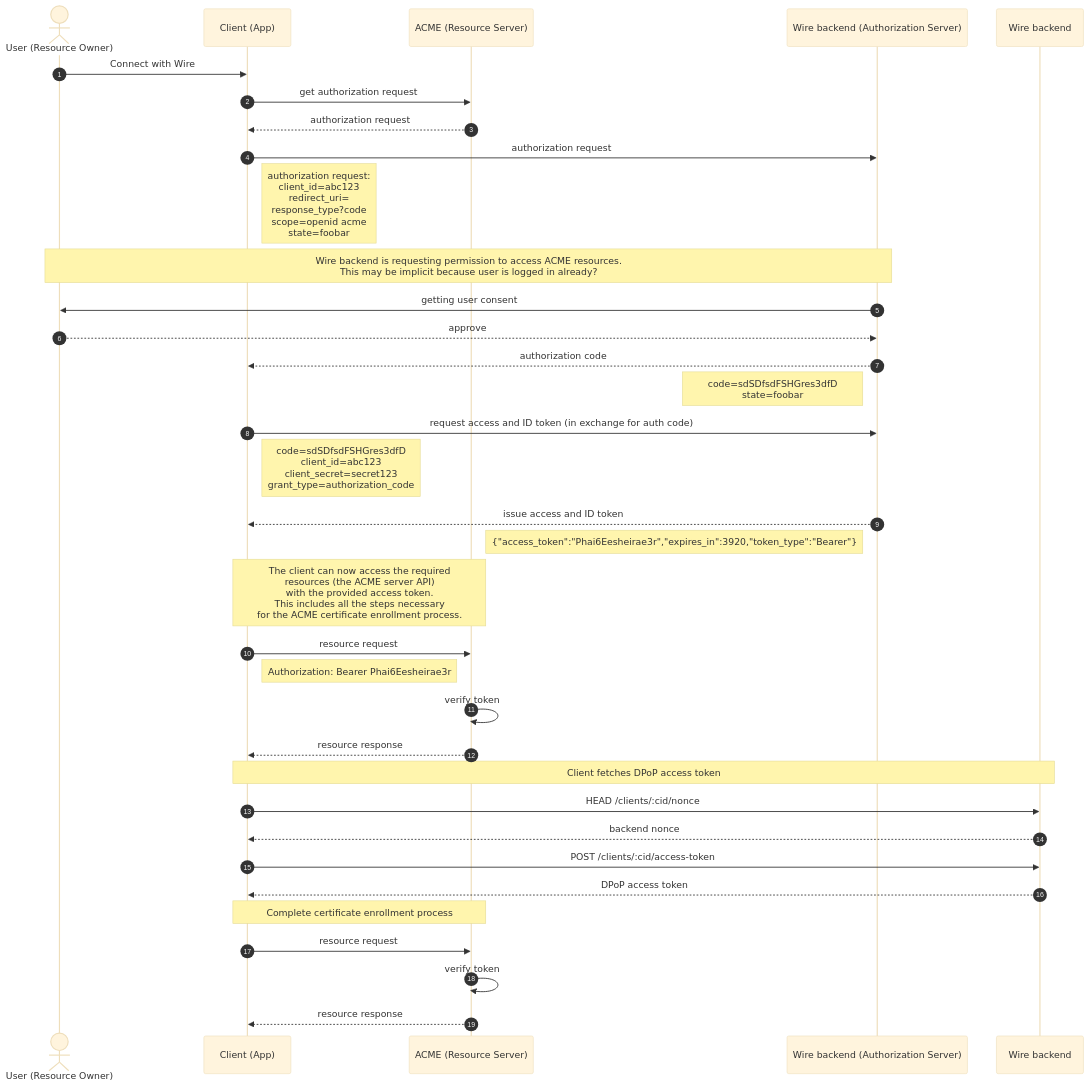
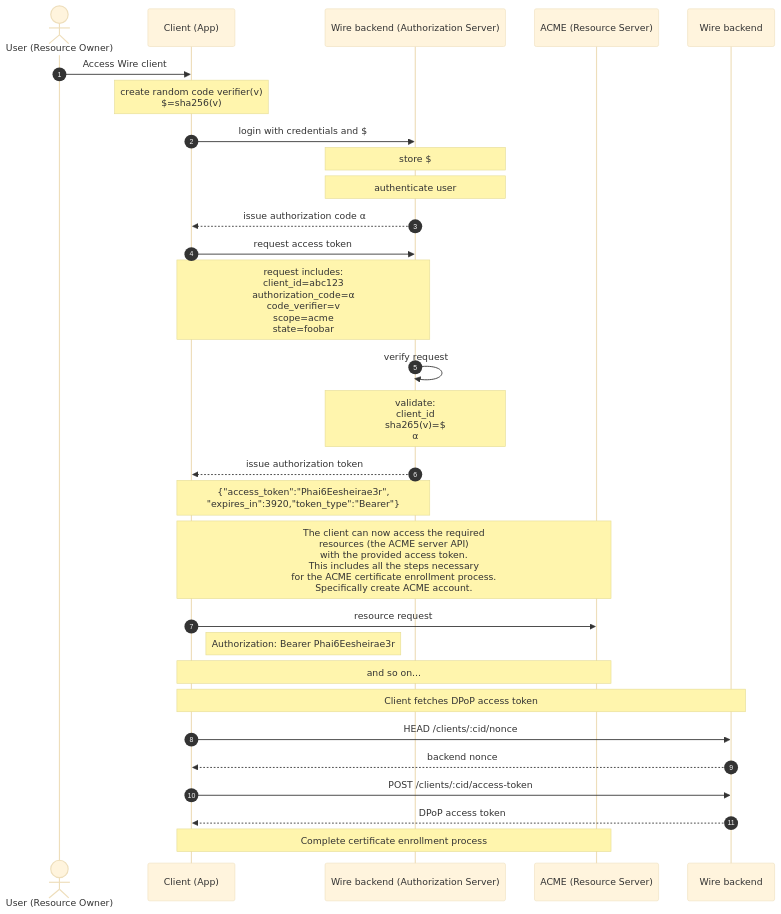
The diagram in libs/oauth-provider/README.md (wireapp/wire-server), drawn with Mermaid (base theme) before and after one commit.

````diff
--- a/libs/oauth-provider/README.md
+++ b/libs/oauth-provider/README.md
@@ -35,33 +35,27 @@
 ```mermaid
 sequenceDiagram
     autonumber
     actor User (Resource Owner)
-    User (Resource Owner)->>Client (App): Connect with Wire
-    Client (App)->>ACME (Resource Server): get authorization request
-    ACME (Resource Server)-->>Client (App): authorization request
-    Client (App)->>Wire backend (Authorization Server): authorization request
-    note right of Client (App): authorization request:<br/>client_id=abc123<br/>redirect_uri=<br/>response_type?code<br/>scope=openid acme<br/>state=foobar
-    note over User (Resource Owner),Wire backend (Authorization Server): Wire backend is requesting permission to access ACME resources.<br/>This may be implicit because user is logged in already?
-    Wire backend (Authorization Server)->>User (Resource Owner): getting user consent
-    User (Resource Owner)-->>Wire backend (Authorization Server): approve
-    Wire backend (Authorization Server)-->>Client (App): authorization code
-    note left of Wire backend (Authorization Server): code=sdSDfsdFSHGres3dfD<br/>state=foobar
-    Client (App)->>Wire backend (Authorization Server): request access and ID token (in exchange for auth code)
-    note right of Client (App): code=sdSDfsdFSHGres3dfD<br/>client_id=abc123<br/>client_secret=secret123<br/>grant_type=authorization_code
-    Wire backend (Authorization Server)-->>Client (App): issue access and ID token
-    note left of Wire backend (Authorization Server): {"access_token":"Phai6Eesheirae3r","expires_in":3920,"token_type":"Bearer"}
-    note over Client (App),ACME (Resource Server): The client can now access the required<br/>resources (the ACME server API)<br/>with the provided access token.<br/>This includes all the steps necessary<br/>for the ACME certificate enrollment process.
+    User (Resource Owner)->>Client (App): Access Wire client
+    note over Client (App): create random code verifier(v)<br/>$=sha256(v)
+    Client (App)->>Wire backend (Authorization Server): login with credentials and $
+    note over Wire backend (Authorization Server): store $
+    note over Wire backend (Authorization Server): authenticate user
+    Wire backend (Authorization Server)-->>Client (App): issue authorization code α
+    Client (App)->>Wire backend (Authorization Server): request access token
+    note over Client (App),Wire backend (Authorization Server): request includes:<br/>client_id=abc123<br/>authorization_code=α<br/>code_verifier=v<br/>scope=acme<br/>state=foobar
+    Wire backend (Authorization Server)->>Wire backend (Authorization Server): verify request
+    note over Wire backend (Authorization Server): validate:<br/>client_id<br/>sha265(v)=$<br/>α
+    Wire backend (Authorization Server)-->>Client (App): issue authorization token
+    note over Client (App),Wire backend (Authorization Server): {"access_token":"Phai6Eesheirae3r",<br/>"expires_in":3920,"token_type":"Bearer"}
+    note over Client (App),ACME (Resource Server): The client can now access the required<br/>resources (the ACME server API)<br/>with the provided access token.<br/>This includes all the steps necessary<br/>for the ACME certificate enrollment process.<br/>Specifically create ACME account.
     Client (App)->>ACME (Resource Server): resource request
     note right of Client (App): Authorization: Bearer Phai6Eesheirae3r
-    ACME (Resource Server)->>ACME (Resource Server): verify token
-    ACME (Resource Server)-->>Client (App): resource response
+    note over Client (App),ACME (Resource Server): and so on...
     note over Client (App),Wire backend: Client fetches DPoP access token
     Client (App)->>Wire backend: HEAD /clients/:cid/nonce
     Wire backend-->>Client (App): backend nonce
     Client (App)->>Wire backend: POST /clients/:cid/access-token
     Wire backend-->>Client (App): DPoP access token
     note over Client (App),ACME (Resource Server): Complete certificate enrollment process
-    Client (App)->>ACME (Resource Server): resource request
-    ACME (Resource Server)->>ACME (Resource Server): verify token
-    ACME (Resource Server)-->>Client (App): resource response    
 ``` 
````
